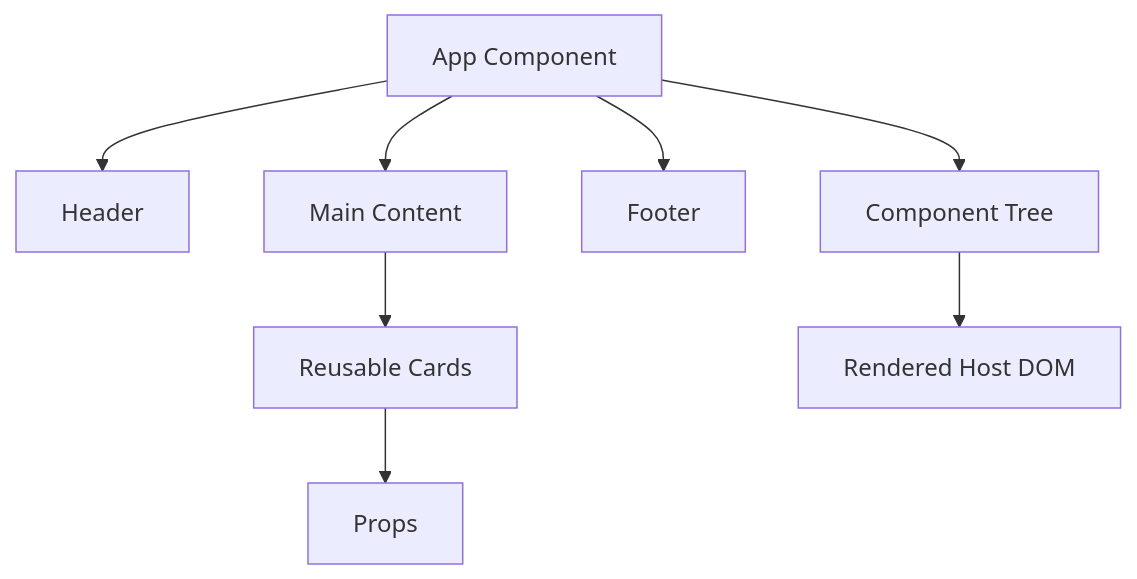
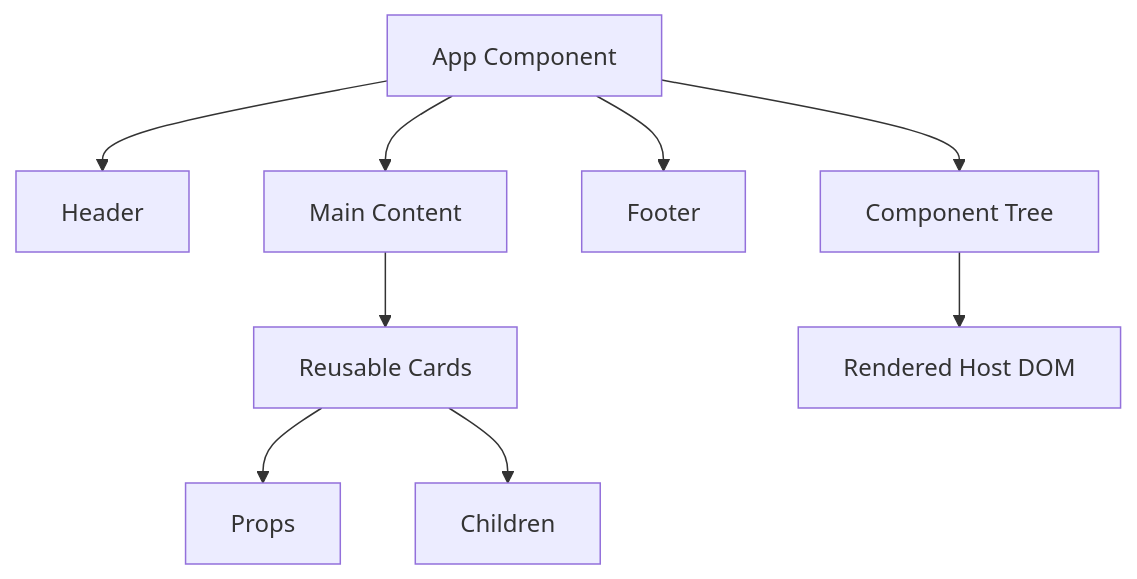
Before and after one commit to kaushalkumar8459/CodingTerminal-Tutorial-Notes: the diagram in tutorial-platform/public/tutorials/react/day-004-components-basics.md, drawn with Mermaid. The commit also changed other lines of this file, not shown here.

Commit message:
fix(react): refine day 4 component fundamentals

````diff
--- a/tutorial-platform/public/tutorials/react/day-004-components-basics.md
+++ b/tutorial-platform/public/tutorials/react/day-004-components-basics.md
@@ -286,10 +314,11 @@
 ```mermaid
 flowchart TD
     A[App Component] --> B[Header]
     A --> C[Main Content]
     A --> D[Footer]
     C --> E[Reusable Cards]
     E --> F[Props]
-    A --> G[Component Tree]
-    G --> H[Rendered Host DOM]
+    E --> G[Children]
+    A --> H[Component Tree]
+    H --> I[Rendered Host DOM]
 ```
````
